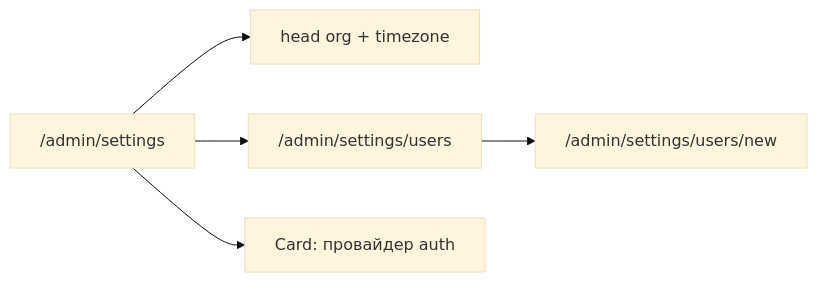
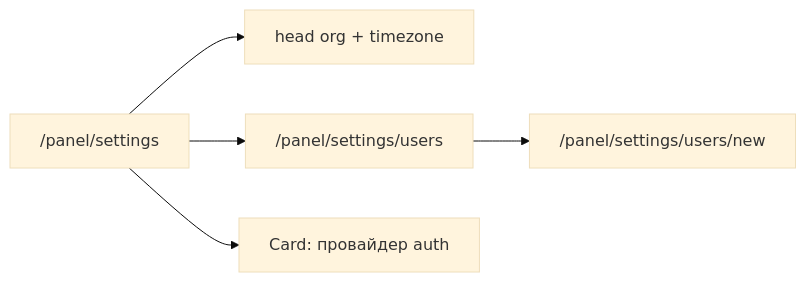
Before and after one commit to butbeautifulv/fstec: the diagram in .cursor/plans/rbac_users_auth_stubs_83c54672.plan.md, drawn with Mermaid (base theme). The commit also changed other lines of this file and 204 other files, not shown here.

````diff
--- a/.cursor/plans/rbac_users_auth_stubs_83c54672.plan.md
+++ b/.cursor/plans/rbac_users_auth_stubs_83c54672.plan.md
@@ -108,7 +108,7 @@
 ```mermaid
 flowchart LR
-  settings["/admin/settings"] --> general["head org + timezone"]
-  settings --> usersList["/admin/settings/users"]
-  usersList --> usersNew["/admin/settings/users/new"]
+  settings["/panel/settings"] --> general["head org + timezone"]
+  settings --> usersList["/panel/settings/users"]
+  usersList --> usersNew["/panel/settings/users/new"]
   settings --> authStub["Card: провайдер auth"]
 ```
````
